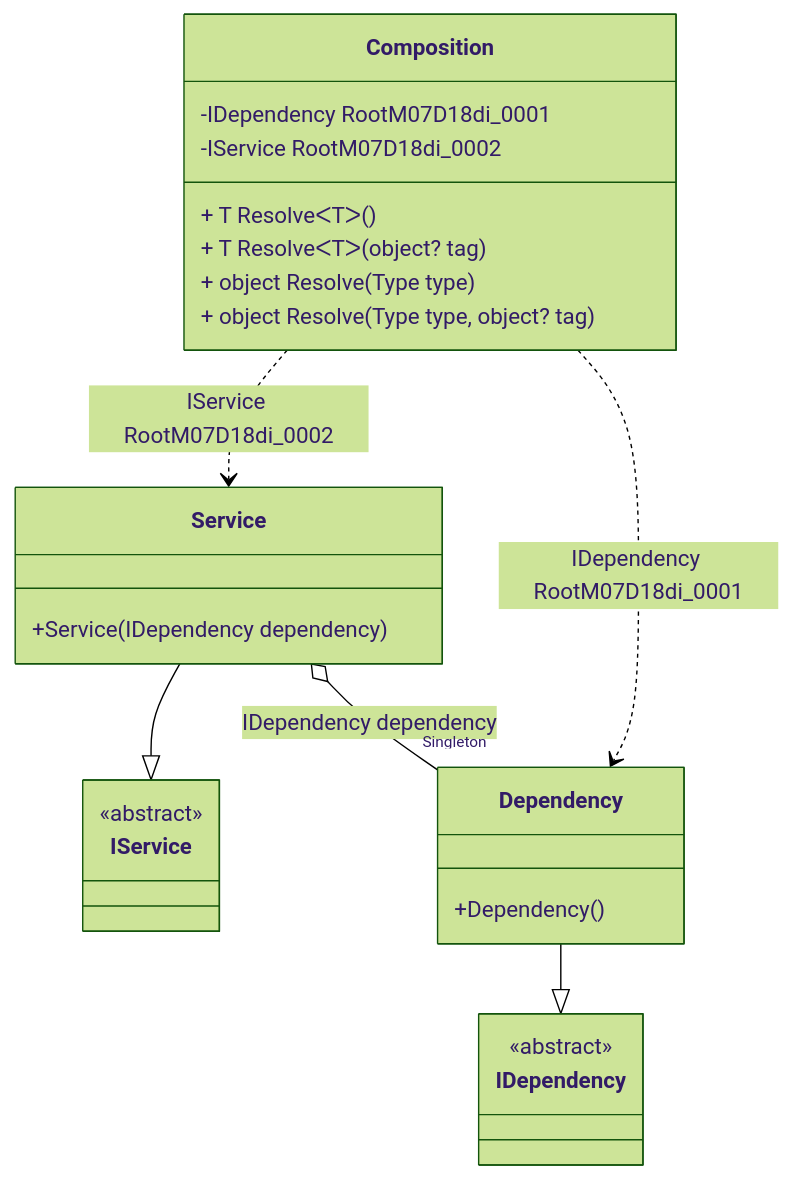
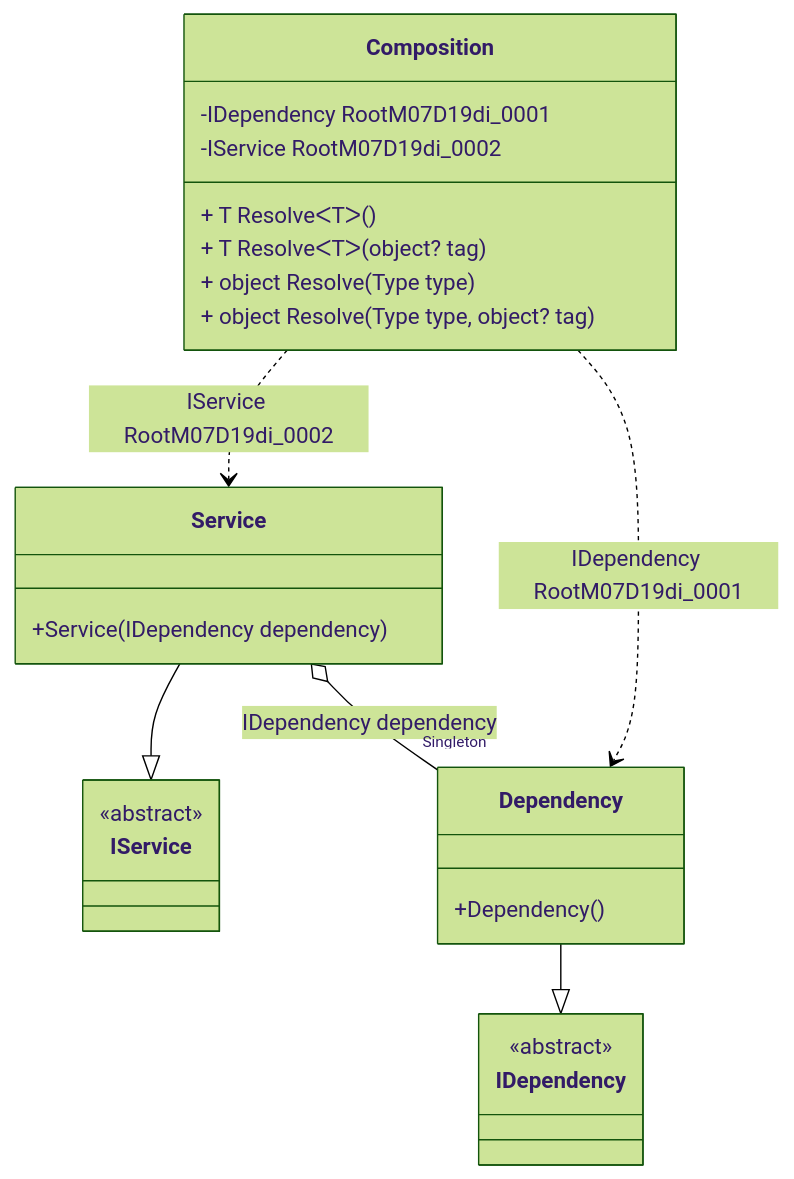
Before and after one commit to DevTeam/Pure.DI: the diagram in readme/service-collection.md, drawn with Mermaid (forest theme). The commit also changed other lines of this file and 65 other files, not shown here.

````diff
--- a/readme/service-collection.md
+++ b/readme/service-collection.md
@@ -75,28 +75,28 @@
 ```mermaid
 classDiagram
   class Composition {
-    -IDependency RootM07D18di_0001
-    -IService RootM07D18di_0002
+    -IDependency RootM07D19di_0001
+    -IService RootM07D19di_0002
     + T ResolveᐸTᐳ()
     + T ResolveᐸTᐳ(object? tag)
     + object Resolve(Type type)
     + object Resolve(Type type, object? tag)
   }
   Service --|> IService : 
   class Service {
     +Service(IDependency dependency)
   }
   Dependency --|> IDependency : 
   class Dependency {
     +Dependency()
   }
   class IService {
     <<abstract>>
   }
   class IDependency {
     <<abstract>>
   }
   Service o--  "Singleton" Dependency : IDependency dependency
-  Composition ..> Dependency : IDependency RootM07D18di_0001
-  Composition ..> Service : IService RootM07D18di_0002
+  Composition ..> Dependency : IDependency RootM07D19di_0001
+  Composition ..> Service : IService RootM07D19di_0002
 ```
````
